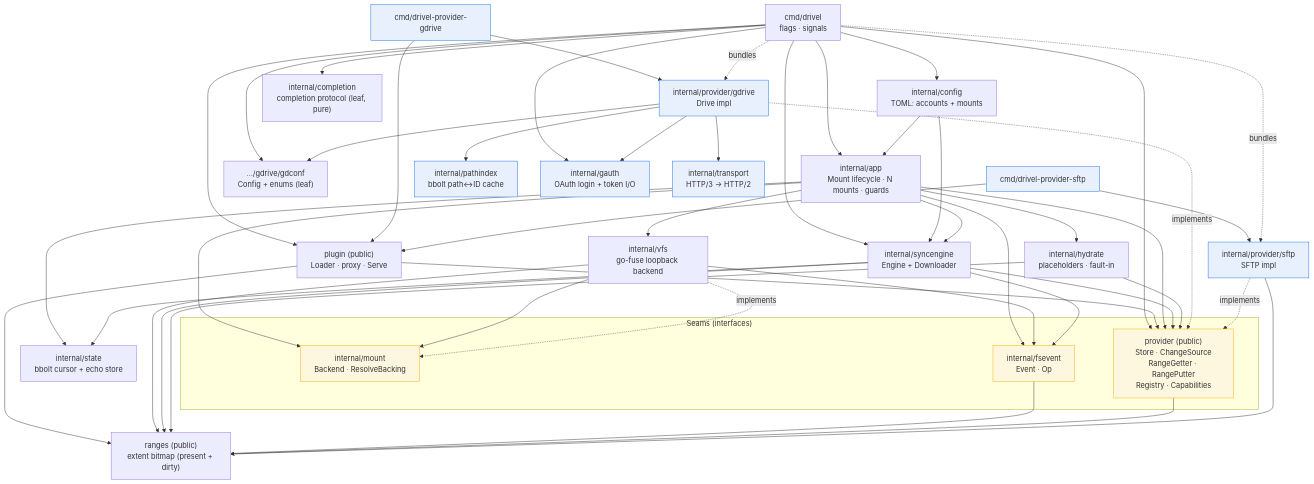
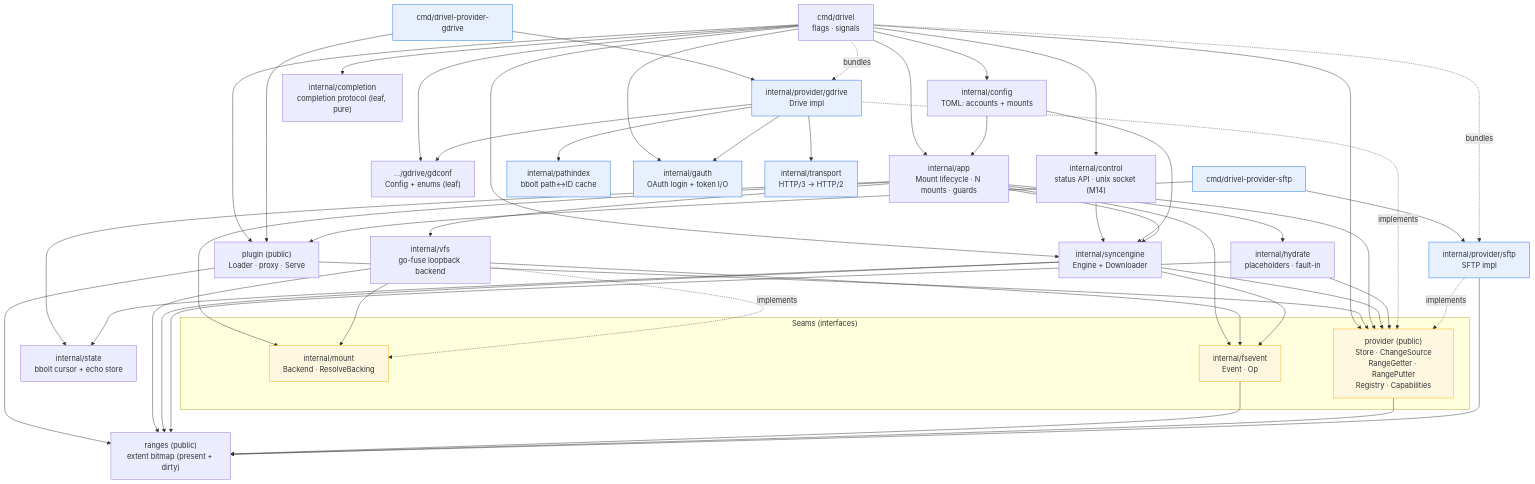
Before and after one commit to syshlted/drivel: the second of 2 diagrams in docs/dev/architecture.md, drawn with Mermaid. The commit also changed other lines of this file and 45 other files, not shown here.

```diff
--- a/docs/dev/architecture.md
+++ b/docs/dev/architecture.md
@@ -119,6 +119,7 @@
     main["cmd/drivel<br/>flags · signals"]
     app["internal/app<br/>Mount lifecycle · N mounts · guards"]
     config["internal/config<br/>TOML: accounts + mounts"]
+    control["internal/control<br/>status API · unix socket (M14)"]
 
     subgraph seams["Seams (interfaces)"]
         mount["internal/mount<br/>Backend · ResolveBacking"]
@@ -150,6 +151,9 @@
     main --> syncengine
     main --> gauth
     main --> completion
+    main --> control
+
+    control --> syncengine
 
     pluginpkg --> provider
     pluginpkg --> rangespkg
```
